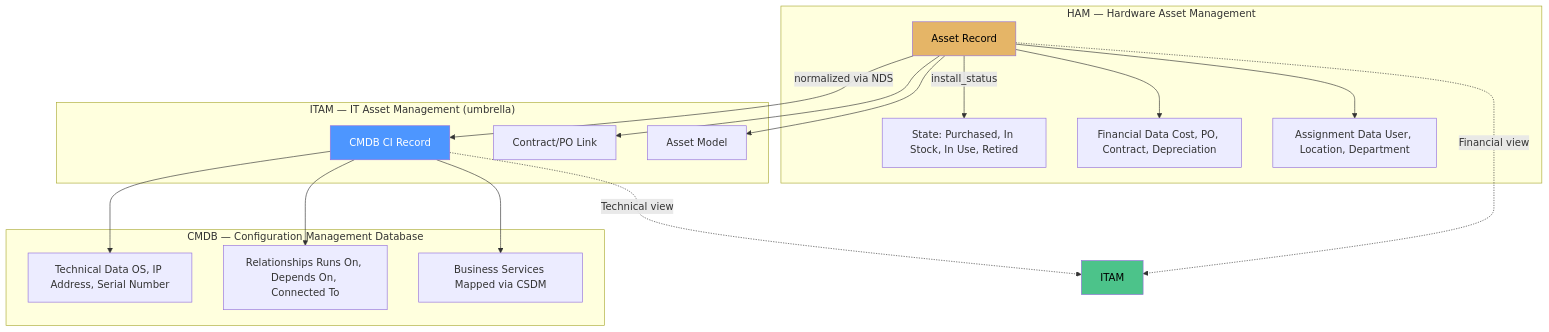
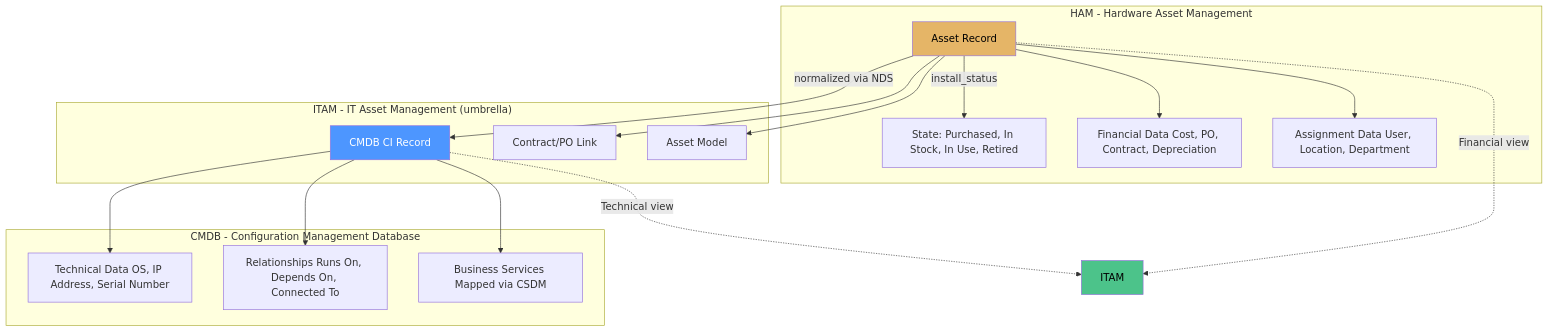
Before and after one commit to eltonaguiar/ServiceNow_Learning_TSOM-_CSM_FSM_SalesCRM_HAM_ITSM: the sixth of 9 diagrams in docs/modules/ham/ham-guide.md, drawn with Mermaid. The commit also changed other lines of this file and 10 other files, not shown here.

First line of the commit message:
Fix Mermaid diagram unicode characters causing syntax errors

````diff
--- a/docs/modules/ham/ham-guide.md
+++ b/docs/modules/ham/ham-guide.md
@@ -540,30 +540,30 @@
 ```mermaid
 flowchart TD
-    subgraph "HAM — Hardware Asset Management"
+    subgraph "HAM  -  Hardware Asset Management"
         HAM[Asset Record] -->|install_status| STATE[State: Purchased, In Stock, In Use, Retired]
         HAM --> FIN[Financial Data Cost, PO, Contract, Depreciation]
         HAM --> ASG[Assignment Data User, Location, Department]
     end
     
-    subgraph "ITAM — IT Asset Management (umbrella)"
+    subgraph "ITAM  -  IT Asset Management (umbrella)"
         HAM -->|normalized via NDS| CMDB[CMDB CI Record]
         HAM --> CONTRACT[Contract/PO Link]
         HAM --> MODEL[Asset Model]
     end
     
-    subgraph "CMDB — Configuration Management Database"
+    subgraph "CMDB  -  Configuration Management Database"
         CMDB --> TEC[Technical Data OS, IP Address, Serial Number]
         CMDB --> REL[Relationships Runs On, Depends On, Connected To]
         CMDB --> SERVICES[Business Services Mapped via CSDM]
     end
     
     HAM -.->|Financial view| ITAM
     CMDB -.->|Technical view| ITAM
     
     style HAM fill:#e5b567,color:#000
     style ITAM fill:#4cc38a,color:#000
     style CMDB fill:#4d96ff,color:#fff
     
     
     
 ```
````
